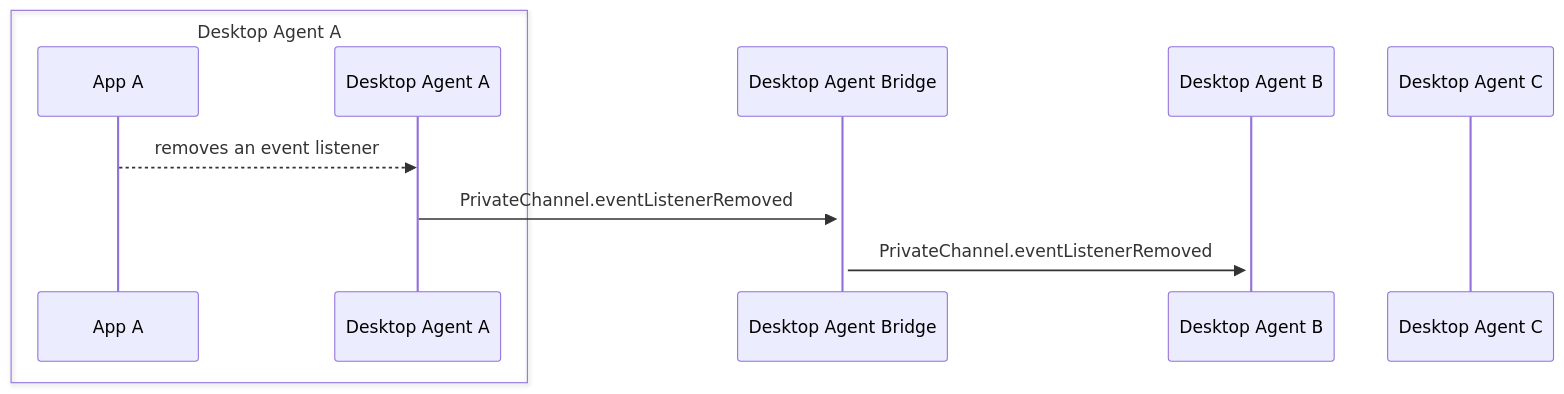
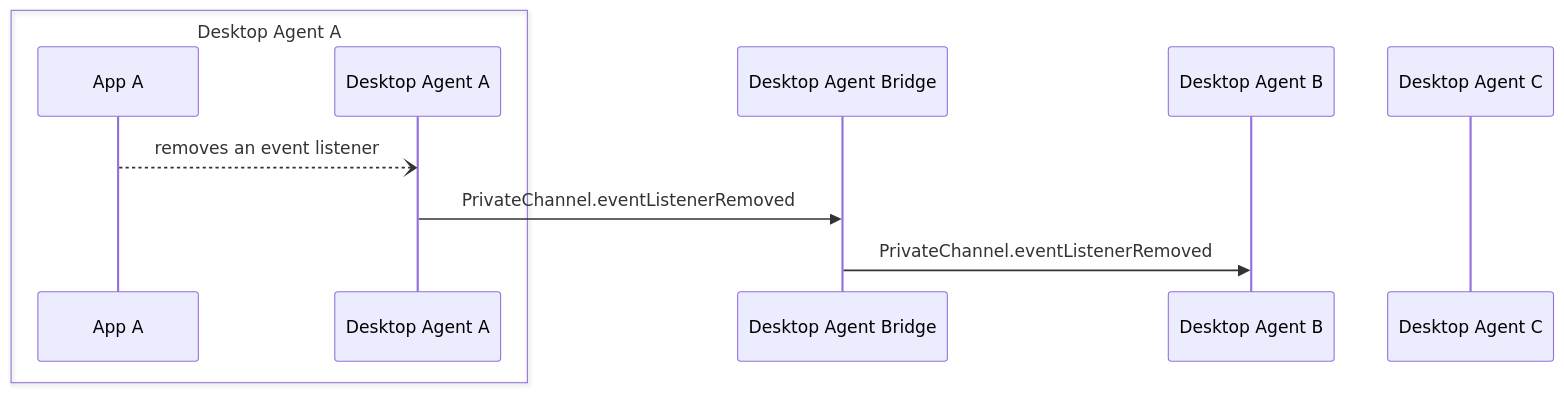
The diagram in docs/agent-bridging/ref/PrivateChannel.eventListenerRemoved.md (InteropIO/FDC3), drawn with Mermaid before and after one commit. The commit also changed 12 other files, not shown here.

Commit message:
Changing arrow style for FDC3 API calls + adding expect type for promise resolution to mermaid diagrams

````diff
--- a/docs/agent-bridging/ref/PrivateChannel.eventListenerRemoved.md
+++ b/docs/agent-bridging/ref/PrivateChannel.eventListenerRemoved.md
@@ -28,13 +28,13 @@
 ```mermaid
 sequenceDiagram
     box Desktop Agent A
     participant AA as App A
     participant DA as Desktop Agent A
     end
     participant DAB as Desktop Agent Bridge
     participant DB as Desktop Agent B
     participant DC as Desktop Agent C
-    AA -->> DA: removes an event listener
-    DA ->>+ DAB: PrivateChannel.eventListenerRemoved
-    DAB ->>+ DB: PrivateChannel.eventListenerRemoved
+    AA --) DA: removes an event listener
+    DA ->> DAB: PrivateChannel.eventListenerRemoved
+    DAB ->> DB: PrivateChannel.eventListenerRemoved
 ```
````
